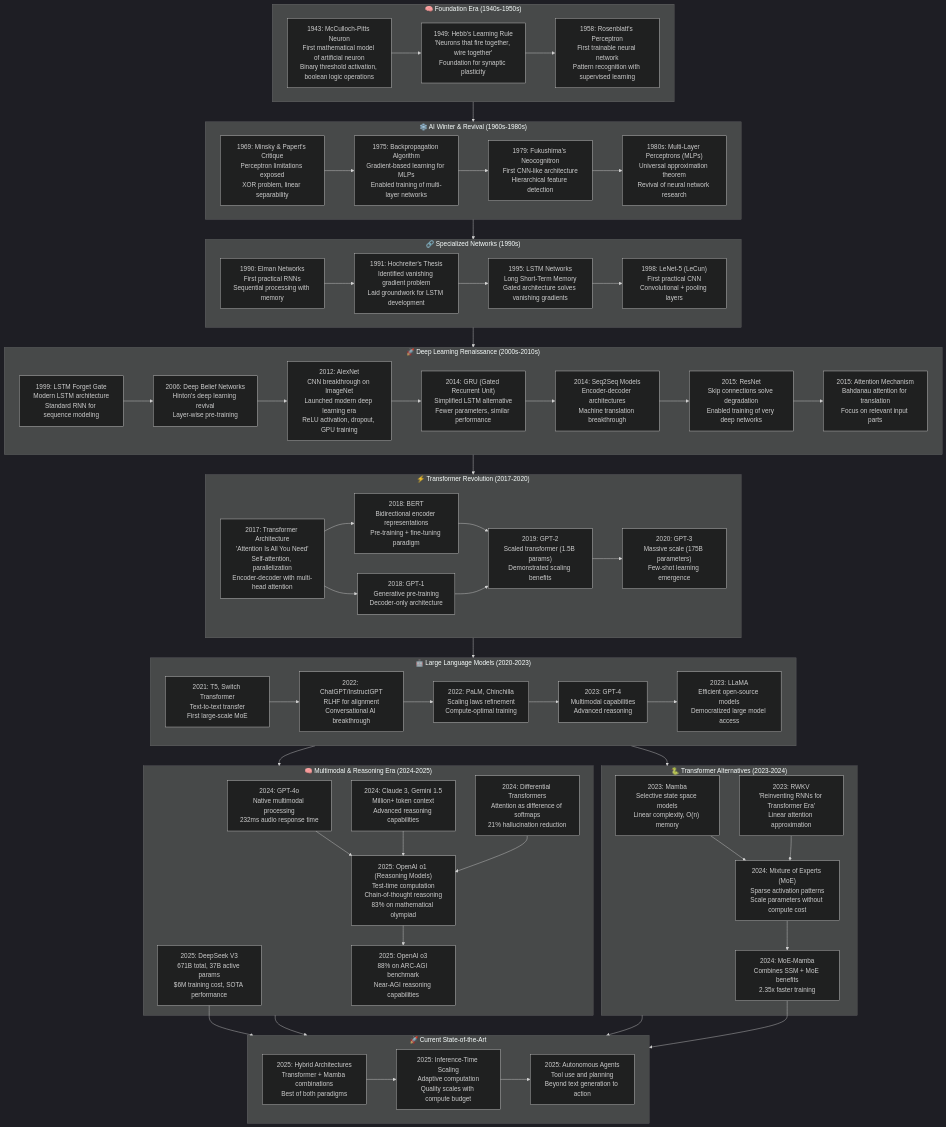
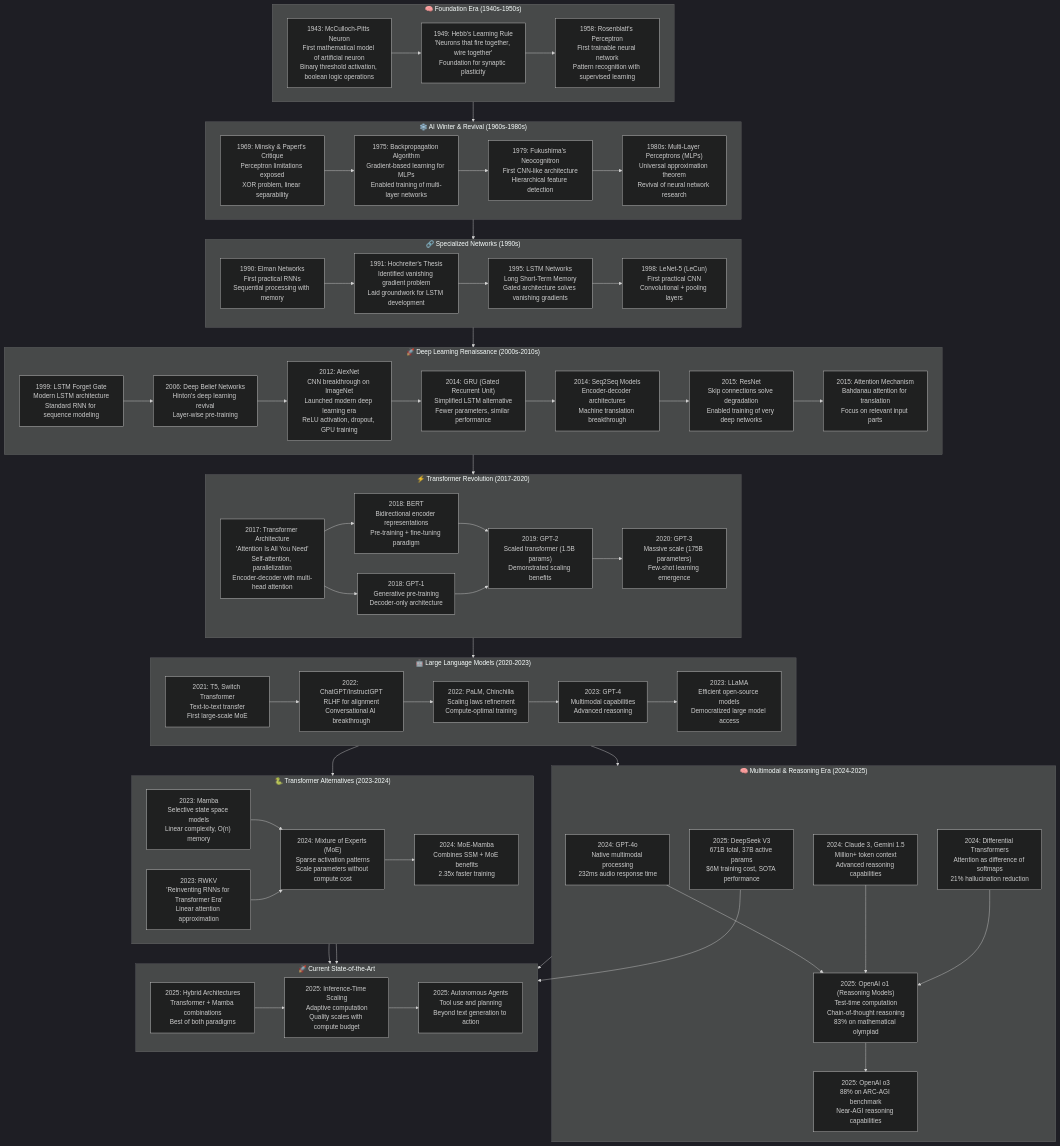
Before and after one commit to gameguild-gg/gameguild: the diagram in apps/web/src/data/courses/ai4games2/chapters/extras/llms.md, drawn with Mermaid (dark theme). The commit also changed 1 other file, not shown here.

Commit message:
docs(web): Update LLM diagram and syllabus image

````diff
--- a/apps/web/src/data/courses/ai4games2/chapters/extras/llms.md
+++ b/apps/web/src/data/courses/ai4games2/chapters/extras/llms.md
@@ -3,6 +3,7 @@
 ```mermaid
 graph TD
     subgraph Foundation["🧠 Foundation Era (1940s-1950s)"]
+        direction LR
         A["1943: McCulloch-Pitts Neuron<br/>First mathematical model of artificial neuron<br/>Binary threshold activation, boolean logic operations"]
         B["1949: Hebb's Learning Rule<br/>'Neurons that fire together, wire together'<br/>Foundation for synaptic plasticity"]
         C["1958: Rosenblatt's Perceptron<br/>First trainable neural network<br/>Pattern recognition with supervised learning"]
@@ -10,6 +11,7 @@
     end
 
     subgraph Winter["❄️ AI Winter & Revival (1960s-1980s)"]
+        direction LR
         D["1969: Minsky & Papert's Critique<br/>Perceptron limitations exposed<br/>XOR problem, linear separability"]
         E["1975: Backpropagation Algorithm<br/>Gradient-based learning for MLPs<br/>Enabled training of multi-layer networks"]
         F["1979: Fukushima's Neocognitron<br/>First CNN-like architecture<br/>Hierarchical feature detection"]
@@ -18,6 +20,7 @@
     end
 
     subgraph Specialized["🔗 Specialized Networks (1990s)"]
+        direction LR
         H["1990: Elman Networks<br/>First practical RNNs<br/>Sequential processing with memory"]
         I["1991: Hochreiter's Thesis<br/>Identified vanishing gradient problem<br/>Laid groundwork for LSTM development"]
         J["1995: LSTM Networks<br/>Long Short-Term Memory<br/>Gated architecture solves vanishing gradients"]
@@ -26,6 +29,7 @@
     end
 
     subgraph Renaissance["🚀 Deep Learning Renaissance (2000s-2010s)"]
+        direction LR
         L["1999: LSTM Forget Gate<br/>Modern LSTM architecture<br/>Standard RNN for sequence modeling"]
         M["2006: Deep Belief Networks<br/>Hinton's deep learning revival<br/>Layer-wise pre-training"]
         N["2012: AlexNet<br/>CNN breakthrough on ImageNet<br/>Launched modern deep learning era<br/>ReLU activation, dropout, GPU training"]
@@ -50,6 +54,7 @@
     end
 
     subgraph LLM["🤖 Large Language Models (2020-2023)"]
+        direction LR
         X["2021: T5, Switch Transformer<br/>Text-to-text transfer<br/>First large-scale MoE"]
         Y["2022: ChatGPT/InstructGPT<br/>RLHF for alignment<br/>Conversational AI breakthrough"]
         Z["2022: PaLM, Chinchilla<br/>Scaling laws refinement<br/>Compute-optimal training"]
@@ -59,6 +64,7 @@
     end
 
     subgraph Alternatives["🐍 Transformer Alternatives (2023-2024)"]
+        direction LR
         CC["2023: Mamba<br/>Selective state space models<br/>Linear complexity, O(n) memory"]
         DD["2023: RWKV<br/>'Reinventing RNNs for Transformer Era'<br/>Linear attention approximation"]
         EE["2024: Mixture of Experts (MoE)<br/>Sparse activation patterns<br/>Scale parameters without compute cost"]
@@ -81,6 +87,7 @@
     end
 
     subgraph Current["🚀 Current State-of-the-Art"]
+        direction LR
         MM["2025: Hybrid Architectures<br/>Transformer + Mamba combinations<br/>Best of both paradigms"]
         NN["2025: Inference-Time Scaling<br/>Adaptive computation<br/>Quality scales with compute budget"]
         OO["2025: Autonomous Agents<br/>Tool use and planning<br/>Beyond text generation to action"]
````
